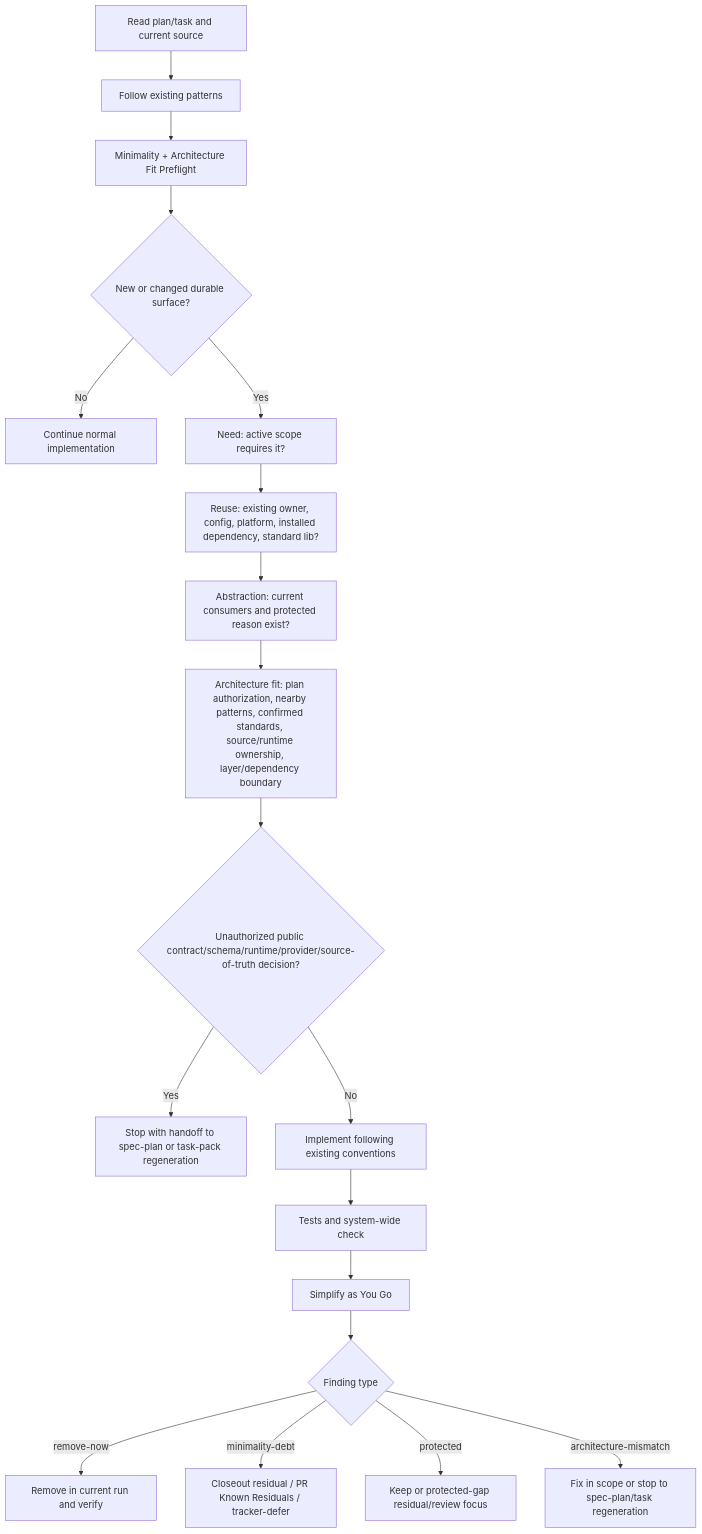
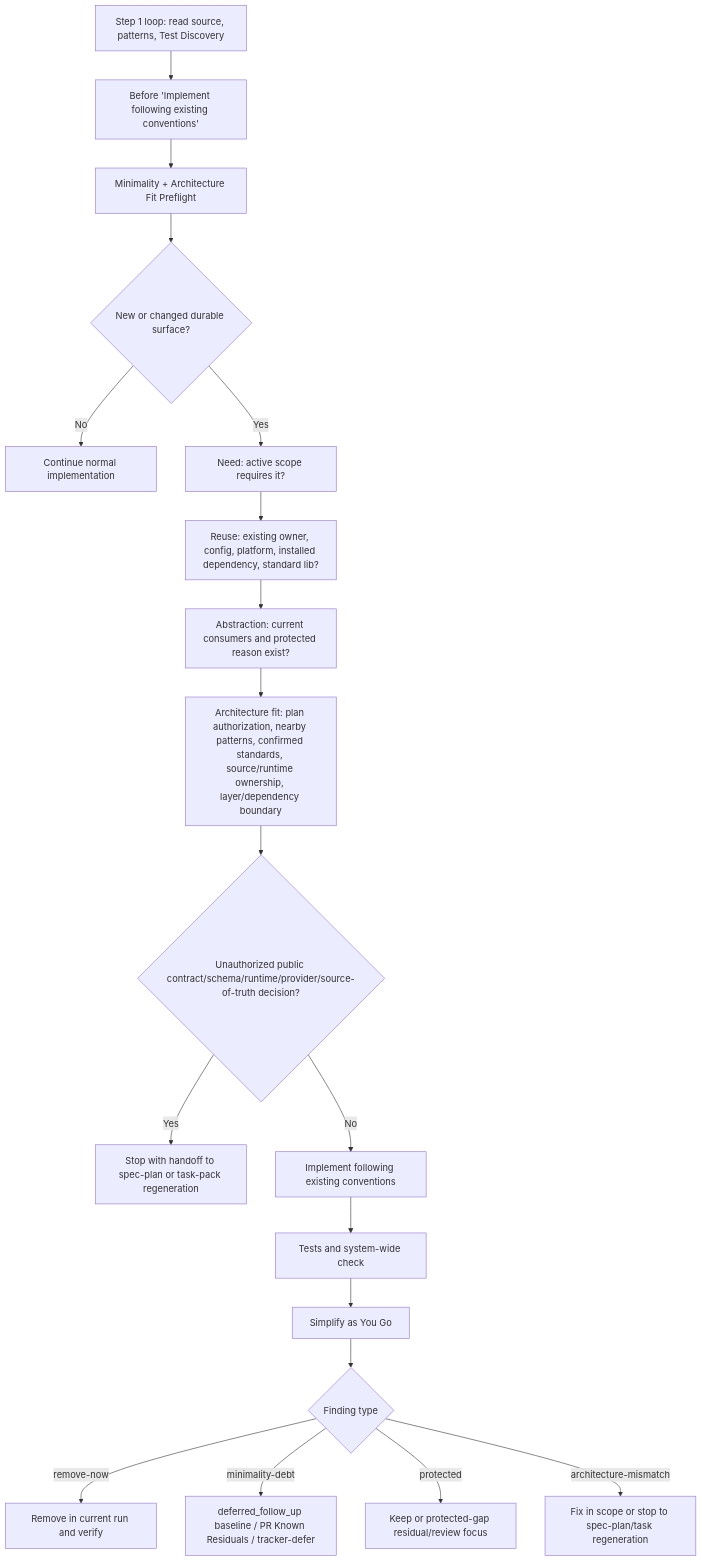
The diagram in docs/plans/2026-07-01-003-feat-spec-work-minimality-architecture-fit-plan.md (leo-kuang-ai/spec-first), drawn with Mermaid before and after one commit. The commit also changed other lines of this file and 14 other files, not shown here.

````diff
--- a/docs/plans/2026-07-01-003-feat-spec-work-minimality-architecture-fit-plan.md
+++ b/docs/plans/2026-07-01-003-feat-spec-work-minimality-architecture-fit-plan.md
@@ -245,21 +247,21 @@
 ```mermaid
 flowchart TB
-  A[Read plan/task and current source] --> B[Follow existing patterns]
+  A[Step 1 loop: read source, patterns, Test Discovery] --> B[Before 'Implement following existing conventions']
   B --> C[Minimality + Architecture Fit Preflight]
   C --> D{New or changed durable surface?}
   D -->|No| E[Continue normal implementation]
   D -->|Yes| F[Need: active scope requires it?]
   F --> G[Reuse: existing owner, config, platform, installed dependency, standard lib?]
   G --> H[Abstraction: current consumers and protected reason exist?]
   H --> I[Architecture fit: plan authorization, nearby patterns, confirmed standards, source/runtime ownership, layer/dependency boundary]
   I --> J{Unauthorized public contract/schema/runtime/provider/source-of-truth decision?}
   J -->|Yes| K[Stop with handoff to spec-plan or task-pack regeneration]
   J -->|No| L[Implement following existing conventions]
   L --> M[Tests and system-wide check]
   M --> N[Simplify as You Go]
   N --> O{Finding type}
   O -->|remove-now| P[Remove in current run and verify]
-  O -->|minimality-debt| Q[Closeout residual / PR Known Residuals / tracker-defer]
+  O -->|minimality-debt| Q[deferred_follow_up baseline / PR Known Residuals / tracker-defer]
   O -->|protected| R[Keep or protected-gap residual/review focus]
   O -->|architecture-mismatch| S[Fix in scope or stop to spec-plan/task regeneration]
 ```
````
